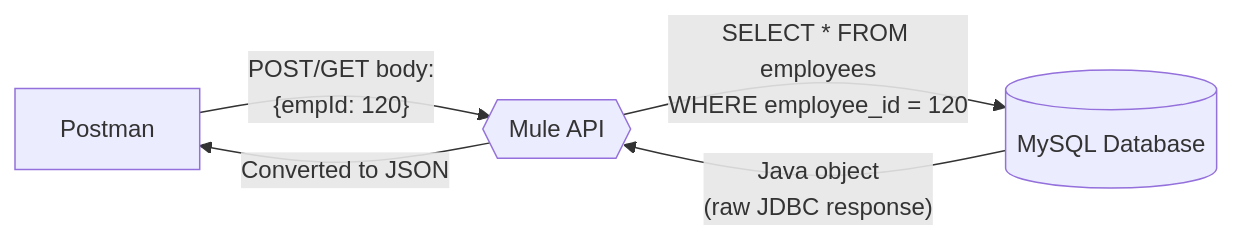
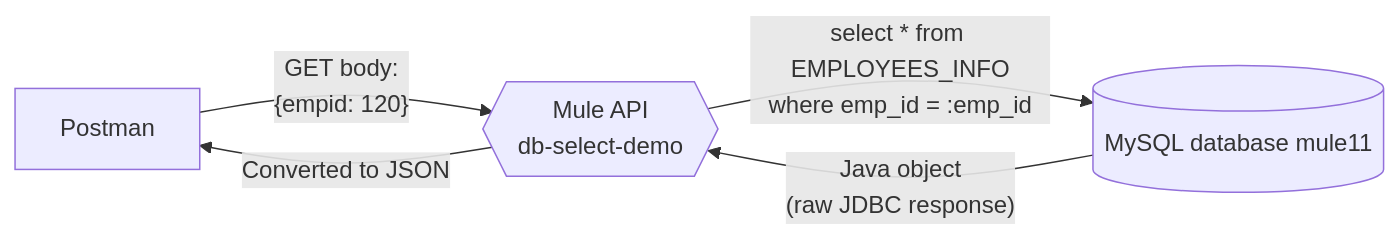
One commit to developerashok99/green-c-mule-notes changed the first of 5 diagrams in detailed-notes/day05.md. Above: the diagram before and after it, drawn with Mermaid. The commit also changed other lines of this file and 19 other files, not shown here.

````diff
--- a/detailed-notes/day05.md
+++ b/detailed-notes/day05.md
@@ -11,7 +13,7 @@
 ```mermaid
 flowchart LR
-    PM[Postman] -->|"POST/GET body:<br/>{empId: 120}"| API{{Mule API}}
-    API -->|"SELECT * FROM employees<br/>WHERE employee_id = 120"| DB[(MySQL Database)]
+    PM[Postman] -->|"GET body:<br/>{empid: 120}"| API{{"Mule API<br/>db-select-demo"}}
+    API -->|"select * from EMPLOYEES_INFO<br/>where emp_id = :emp_id"| DB[(MySQL database mule11)]
     DB -->|"Java object<br/>(raw JDBC response)"| API
     API -->|"Converted to JSON"| PM
 ```
````
